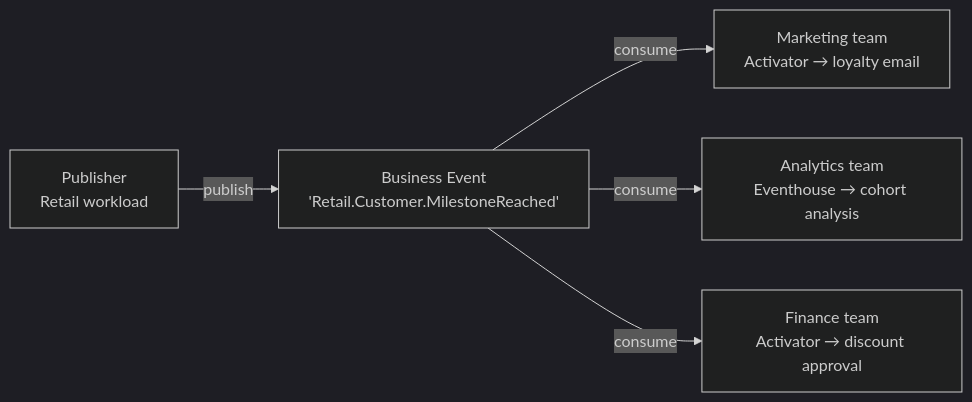
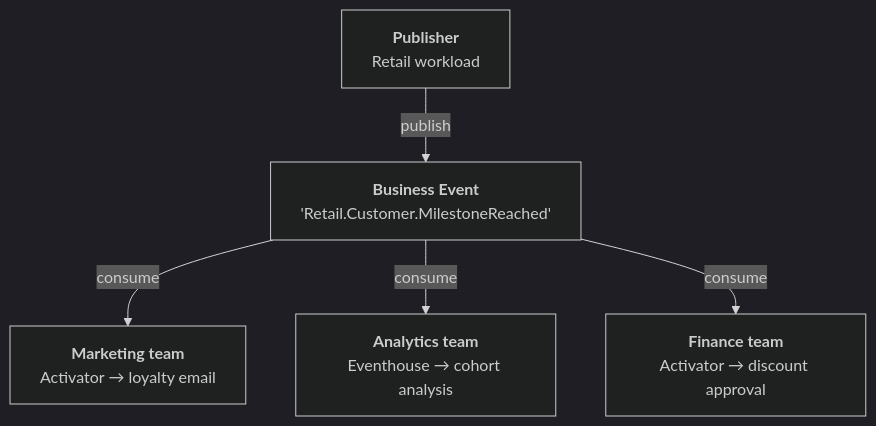
One commit to microsoft/fabric-events changed the fourth of 4 diagrams in docs/business-events/design-guides/multi-consumer-fanout.md. Above: the diagram before and after it, drawn with Mermaid (dark theme). The commit also changed other lines of this file and 225 other files, not shown here.

First line of the commit message:
Publish public Business Events scenarios and refreshed documentation

````diff
--- a/docs/business-events/design-guides/multi-consumer-fanout.md
+++ b/docs/business-events/design-guides/multi-consumer-fanout.md
@@ -49,7 +65,13 @@
 ```mermaid
-flowchart LR
-    P[Publisher\nRetail workload] -->|publish| BE[Business Event\n'Retail.Customer.MilestoneReached']
-    BE -->|consume| A[Marketing team\nActivator → loyalty email]
-    BE -->|consume| B[Analytics team\nEventhouse → cohort analysis]
-    BE -->|consume| C[Finance team\nActivator → discount approval]
+flowchart TB
+    P["<b>Publisher</b><br/>Retail workload"]
+    BE["<b>Business Event</b><br/>'Retail.Customer.MilestoneReached'"]
+    A["<b>Marketing team</b><br/>Activator → loyalty email"]
+    B["<b>Analytics team</b><br/>Eventhouse → cohort analysis"]
+    C["<b>Finance team</b><br/>Activator → discount approval"]
+
+    P -->|"publish"| BE
+    BE -->|"consume"| A
+    BE -->|"consume"| B
+    BE -->|"consume"| C
 ```
````
